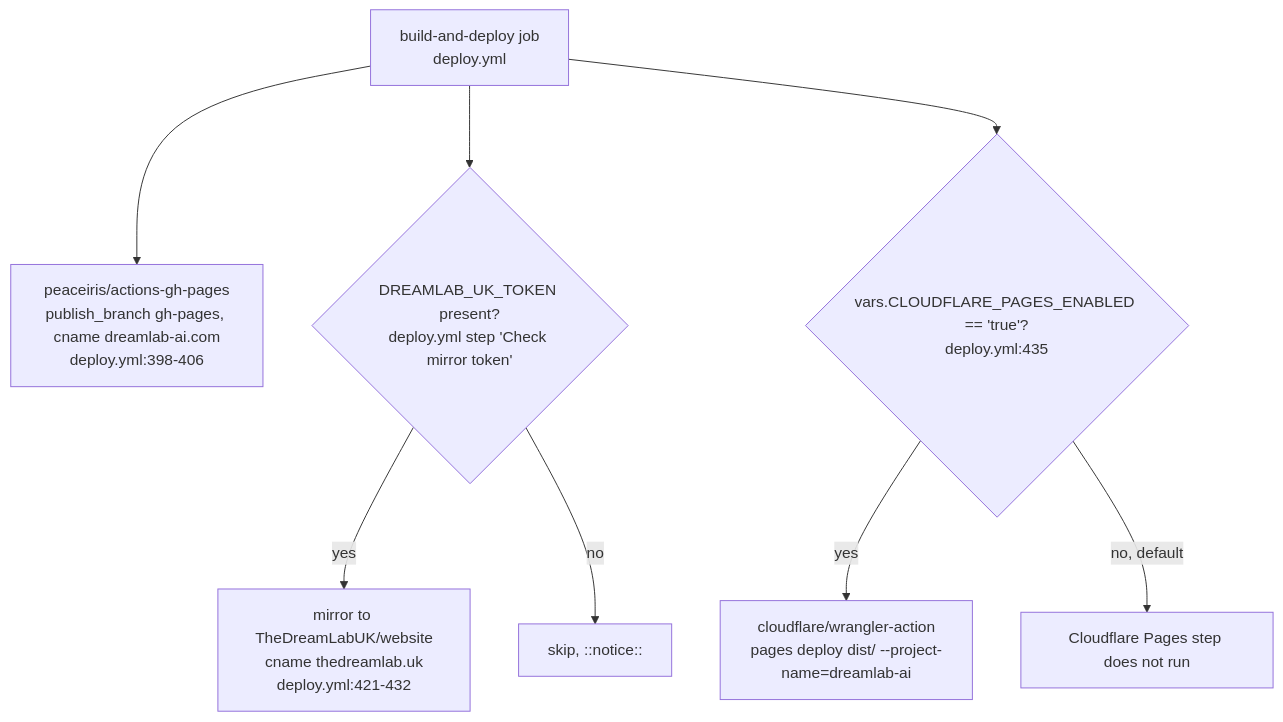
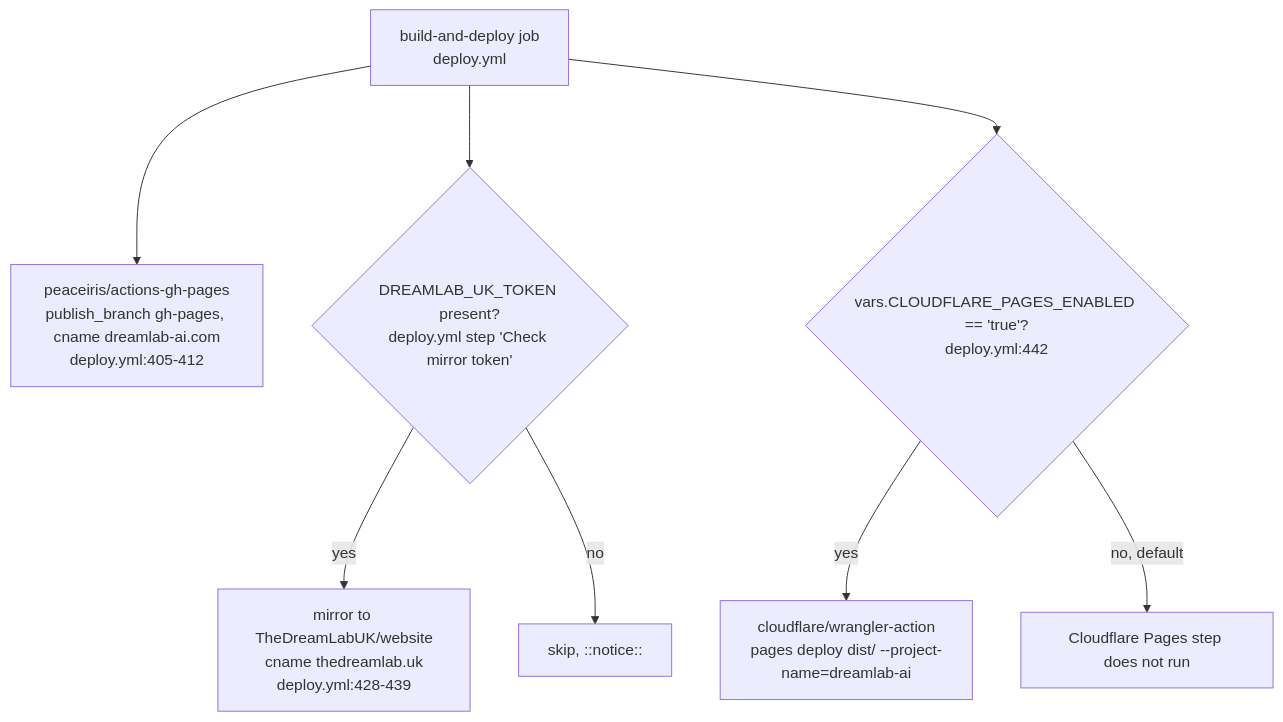
The third of 7 diagrams in docs/diagrams/dreamlab-ai-website/01-repo-composition-and-deploy-topology.md (DreamLab-AI/VisionFlow), drawn with Mermaid before and after one commit. The commit also changed other lines of this file and 160 other files, not shown here.

````diff
--- a/docs/diagrams/dreamlab-ai-website/01-repo-composition-and-deploy-topology.md
+++ b/docs/diagrams/dreamlab-ai-website/01-repo-composition-and-deploy-topology.md
@@ -51,10 +51,10 @@
 ```mermaid
 flowchart TB
-    BUILD["build-and-deploy job<br/>deploy.yml"] --> GHPAGES["peaceiris/actions-gh-pages<br/>publish_branch gh-pages, cname dreamlab-ai.com<br/>deploy.yml:398-406"]
+    BUILD["build-and-deploy job<br/>deploy.yml"] --> GHPAGES["peaceiris/actions-gh-pages<br/>publish_branch gh-pages, cname dreamlab-ai.com<br/>deploy.yml:405-412"]
     BUILD --> MIRROR{"DREAMLAB_UK_TOKEN present?<br/>deploy.yml step 'Check mirror token'"}
-    MIRROR -->|yes| MIRRORDEPLOY["mirror to TheDreamLabUK/website<br/>cname thedreamlab.uk<br/>deploy.yml:421-432"]
+    MIRROR -->|yes| MIRRORDEPLOY["mirror to TheDreamLabUK/website<br/>cname thedreamlab.uk<br/>deploy.yml:428-439"]
     MIRROR -->|no| SKIP["skip, ::notice::"]
-    BUILD --> CFGATE{"vars.CLOUDFLARE_PAGES_ENABLED == 'true'?<br/>deploy.yml:435"}
+    BUILD --> CFGATE{"vars.CLOUDFLARE_PAGES_ENABLED == 'true'?<br/>deploy.yml:442"}
     CFGATE -->|yes| CFPAGES["cloudflare/wrangler-action<br/>pages deploy dist/ --project-name=dreamlab-ai"]
     CFGATE -->|no, default| CFOFF["Cloudflare Pages step does not run"]
 ```
````
